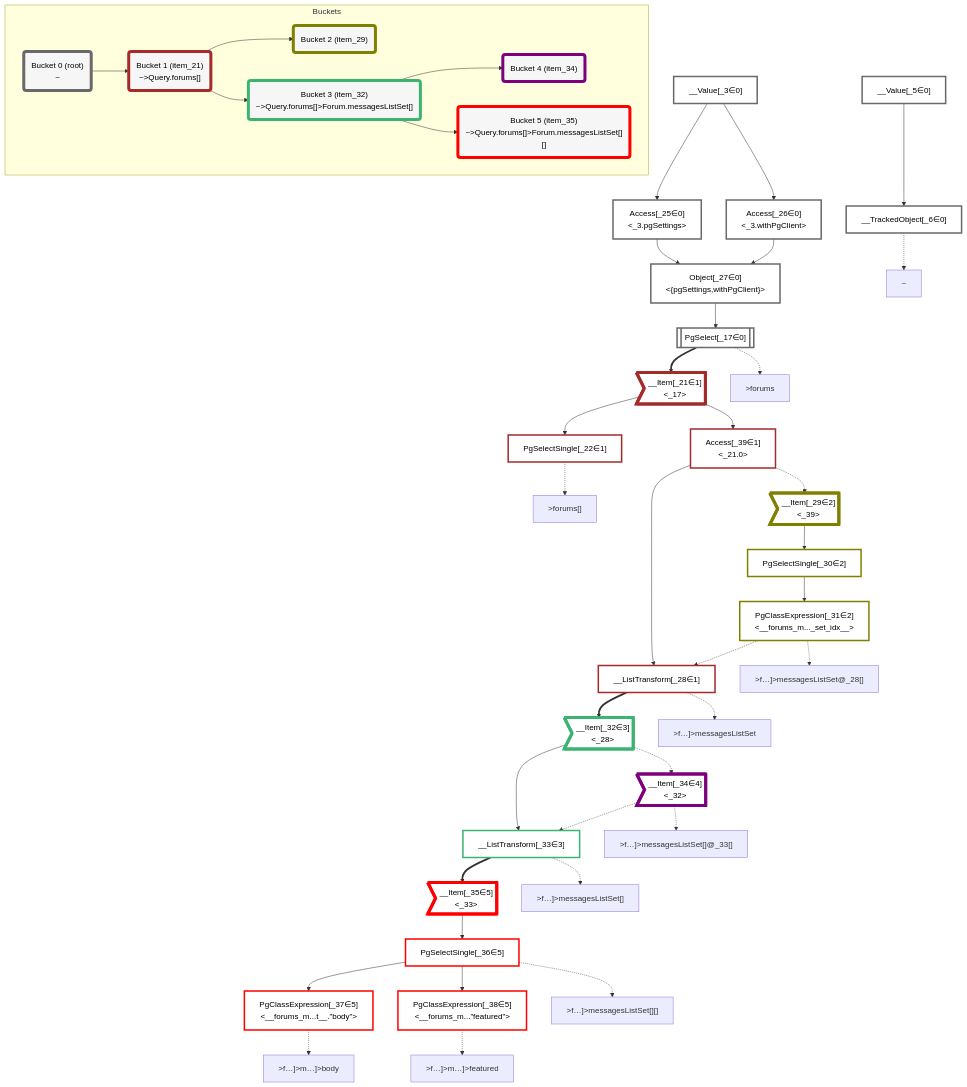
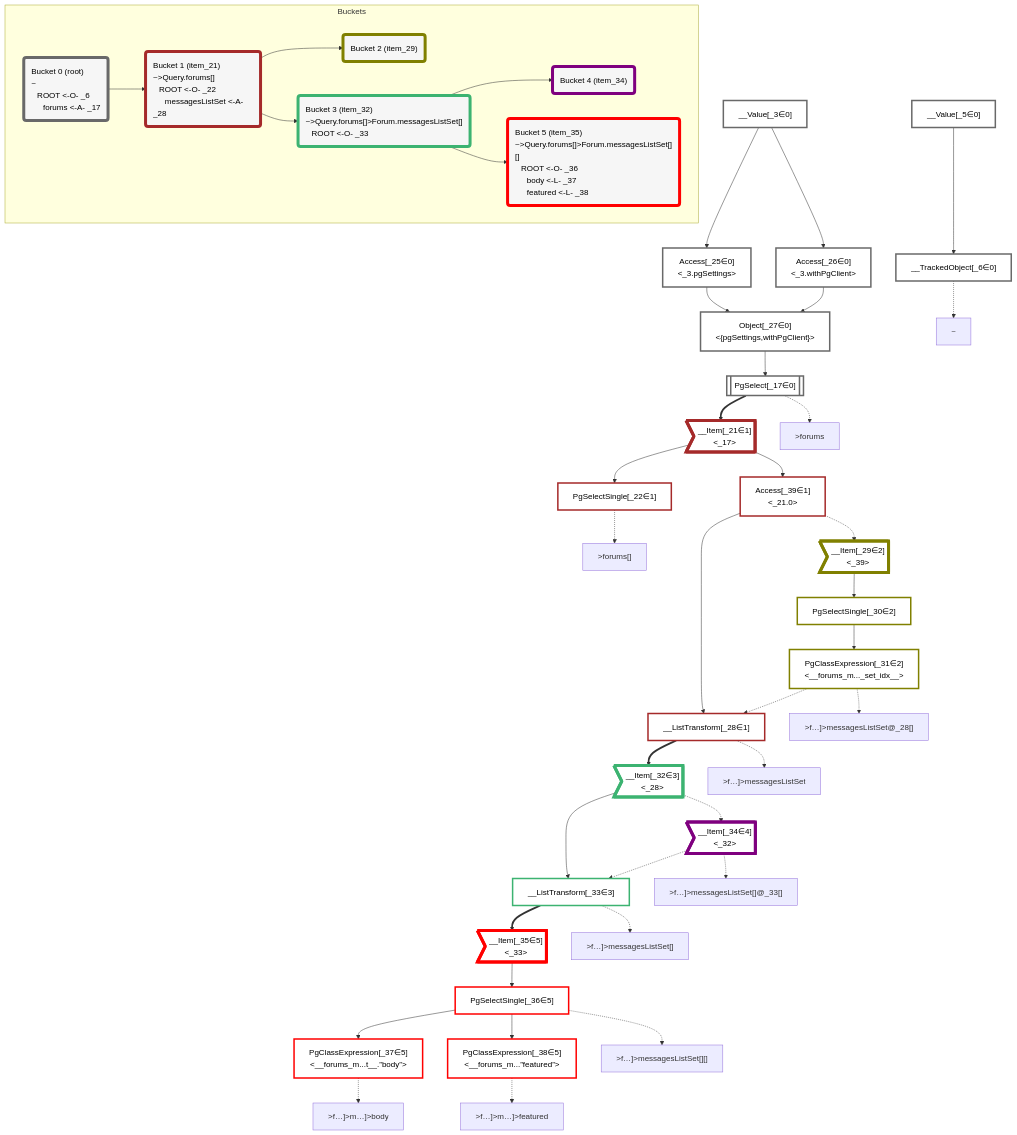
Before and after one commit to graphile/crystal: the diagram in packages/dataplan-pg/__tests__/queries/functions/computed-column-forums-messages-list-set.mermaid.md, drawn with Mermaid. The commit also changed 195 other files, not shown here.

```diff
--- a/packages/dataplan-pg/__tests__/queries/functions/computed-column-forums-messages-list-set.mermaid.md
+++ b/packages/dataplan-pg/__tests__/queries/functions/computed-column-forums-messages-list-set.mermaid.md
@@ -4,7 +4,7 @@
     classDef plan fill:#fff,stroke-width:3px,color:#000
     classDef itemplan fill:#fff,stroke-width:6px,color:#000
     classDef sideeffectplan fill:#f00,stroke-width:6px,color:#000
-    classDef bucket fill:#f6f6f6,color:#000,stroke-width:6px
+    classDef bucket fill:#f6f6f6,color:#000,stroke-width:6px,text-align:left
 
 
     %% define plans
@@ -91,21 +91,21 @@
     class __Item_35,PgSelectSingle_36,PgClassExpression_37,PgClassExpression_38 bucket5
 
     subgraph Buckets
-    Bucket0("Bucket 0 (root)<br />~"):::bucket
+    Bucket0("Bucket 0 (root)<br />~<br />⠀ROOT <-O- _6<br />⠀⠀forums <-A- _17"):::bucket
     style Bucket0 stroke:#696969
-    Bucket1("Bucket 1 (item_21)<br />~>Query.forums[]"):::bucket
+    Bucket1("Bucket 1 (item_21)<br />~>Query.forums[]<br />⠀ROOT <-O- _22<br />⠀⠀messagesListSet <-A- _28"):::bucket
     style Bucket1 stroke:#a52a2a
     Bucket0 --> Bucket1
     Bucket2("Bucket 2 (item_29)"):::bucket
     style Bucket2 stroke:#808000
     Bucket1 --> Bucket2
-    Bucket3("Bucket 3 (item_32)<br />~>Query.forums[]>Forum.messagesListSet[]"):::bucket
+    Bucket3("Bucket 3 (item_32)<br />~>Query.forums[]>Forum.messagesListSet[]<br />⠀ROOT <-O- _33"):::bucket
     style Bucket3 stroke:#3cb371
     Bucket1 --> Bucket3
     Bucket4("Bucket 4 (item_34)"):::bucket
     style Bucket4 stroke:#7f007f
     Bucket3 --> Bucket4
-    Bucket5("Bucket 5 (item_35)<br />~>Query.forums[]>Forum.messagesListSet[][]"):::bucket
+    Bucket5("Bucket 5 (item_35)<br />~>Query.forums[]>Forum.messagesListSet[][]<br />⠀ROOT <-O- _36<br />⠀⠀body <-L- _37<br />⠀⠀featured <-L- _38"):::bucket
     style Bucket5 stroke:#ff0000
     Bucket3 --> Bucket5
     end
```
